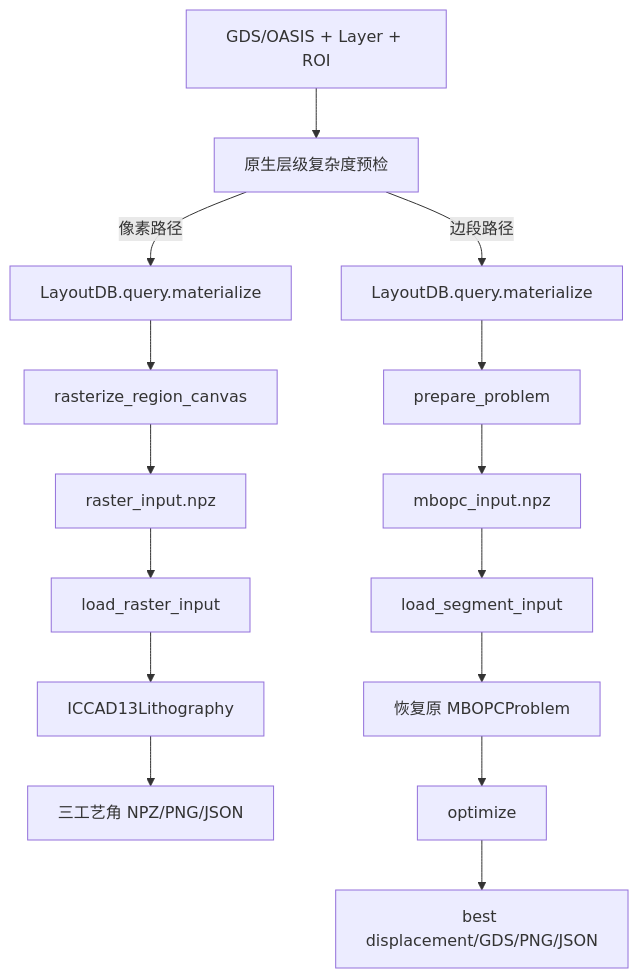
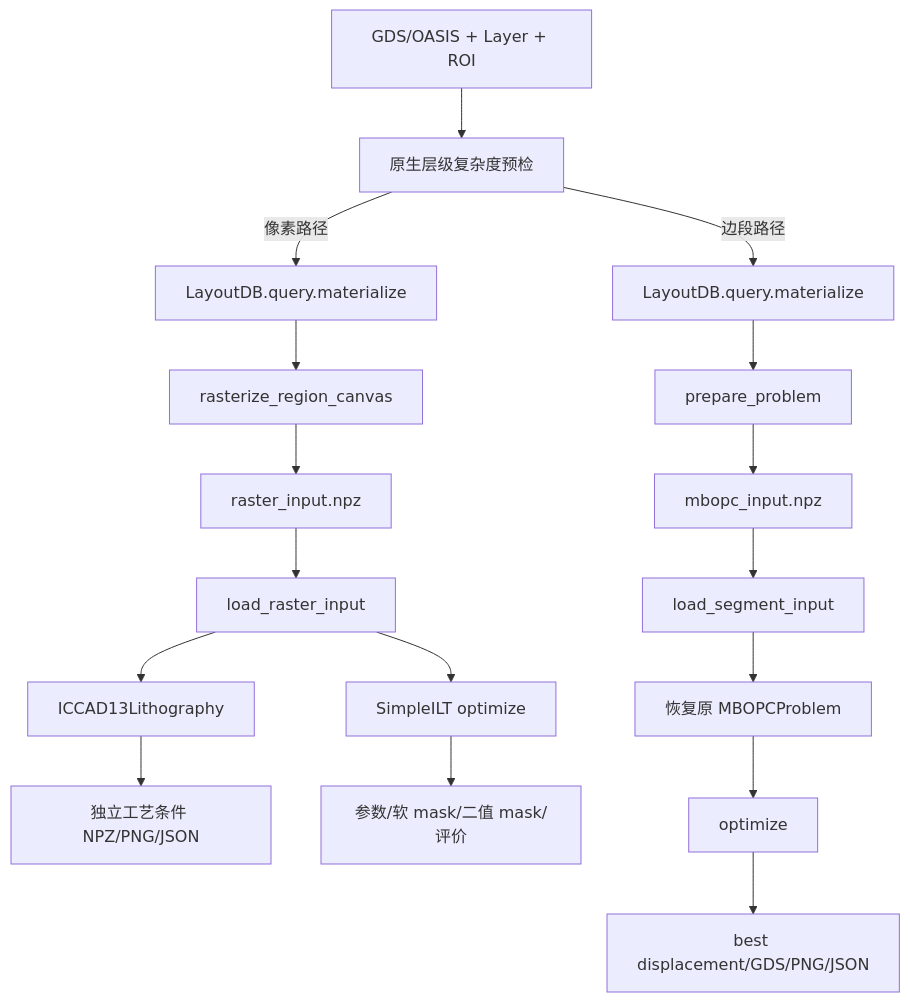
One commit to Eve429/MyOPC changed the tenth of 10 diagrams in doc/function_call_architecture.md. Above: the diagram before and after it, drawn with Mermaid. The commit also changed other lines of this file and 10 other files, not shown here.

````diff
--- a/doc/function_call_architecture.md
+++ b/doc/function_call_architecture.md
@@ -230,17 +251,19 @@
 ```mermaid
 flowchart TD
     A[GDS/OASIS + Layer + ROI] --> B[原生层级复杂度预检]
     B -->|像素路径| C[LayoutDB.query.materialize]
     C --> D[rasterize_region_canvas]
     D --> E[raster_input.npz]
     E --> F[load_raster_input]
     F --> G[ICCAD13Lithography]
-    G --> H[三工艺角 NPZ/PNG/JSON]
+    G --> H[独立工艺条件 NPZ/PNG/JSON]
+    F --> Q[SimpleILT optimize]
+    Q --> R[参数/软 mask/二值 mask/评价]
     B -->|边段路径| I[LayoutDB.query.materialize]
     I --> J[prepare_problem]
     J --> K[mbopc_input.npz]
     K --> L[load_segment_input]
     L --> M[恢复原 MBOPCProblem]
     M --> N[optimize]
     N --> O[best displacement/GDS/PNG/JSON]
 ```
````
